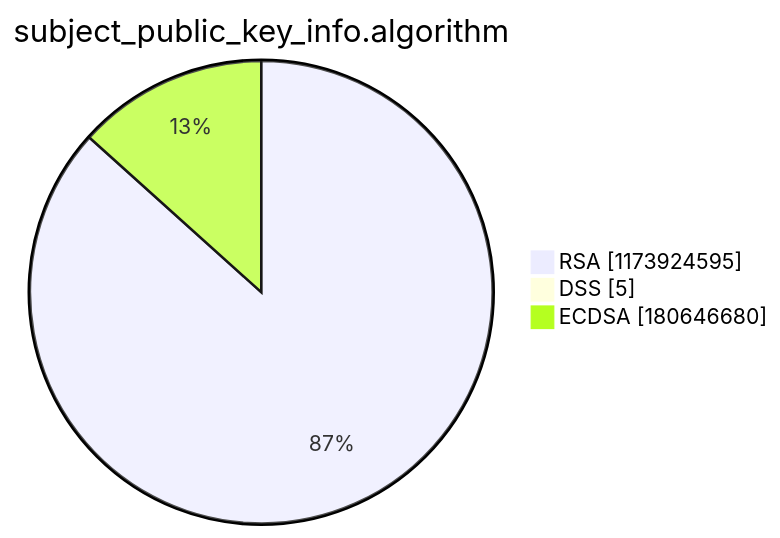
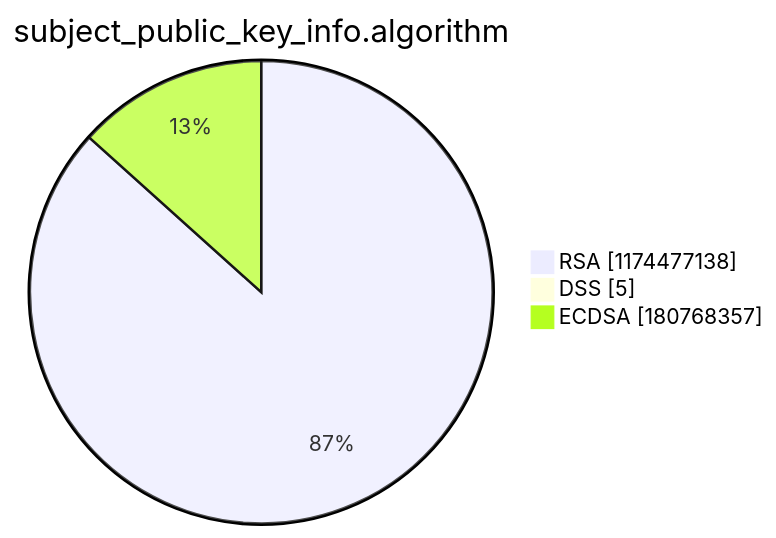
One commit to christiankrug/ctmonitor_visualization changed the third of 15 diagrams in argon2022/README.md. Above: the diagram before and after it, drawn with Mermaid. The commit also changed other lines of this file, not shown here.

````diff
--- a/argon2022/README.md
+++ b/argon2022/README.md
@@ -14,7 +14,7 @@
 ```mermaid
 pie showData
 title subject_public_key_info.algorithm
-"RSA" :1173924595
+"RSA" :1174477138
 "DSS" :5
-"ECDSA" :180646680
+"ECDSA" :180768357
 ```
````
